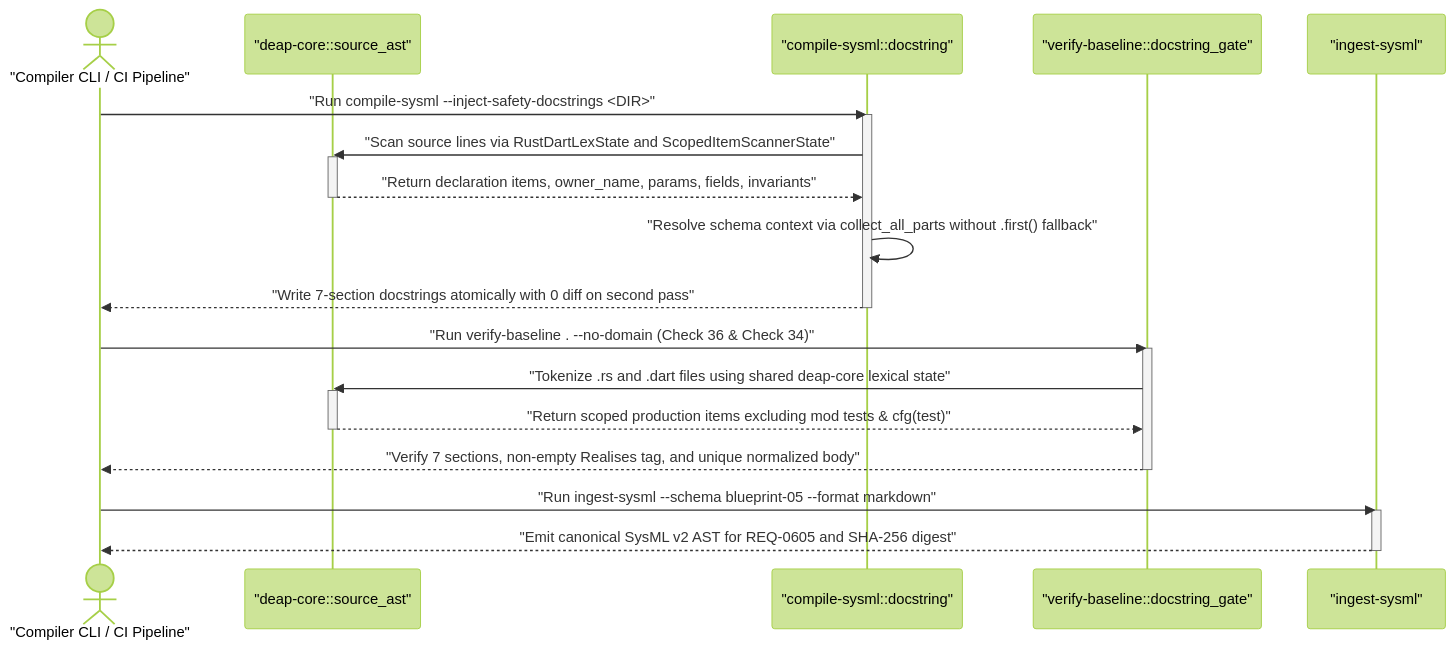
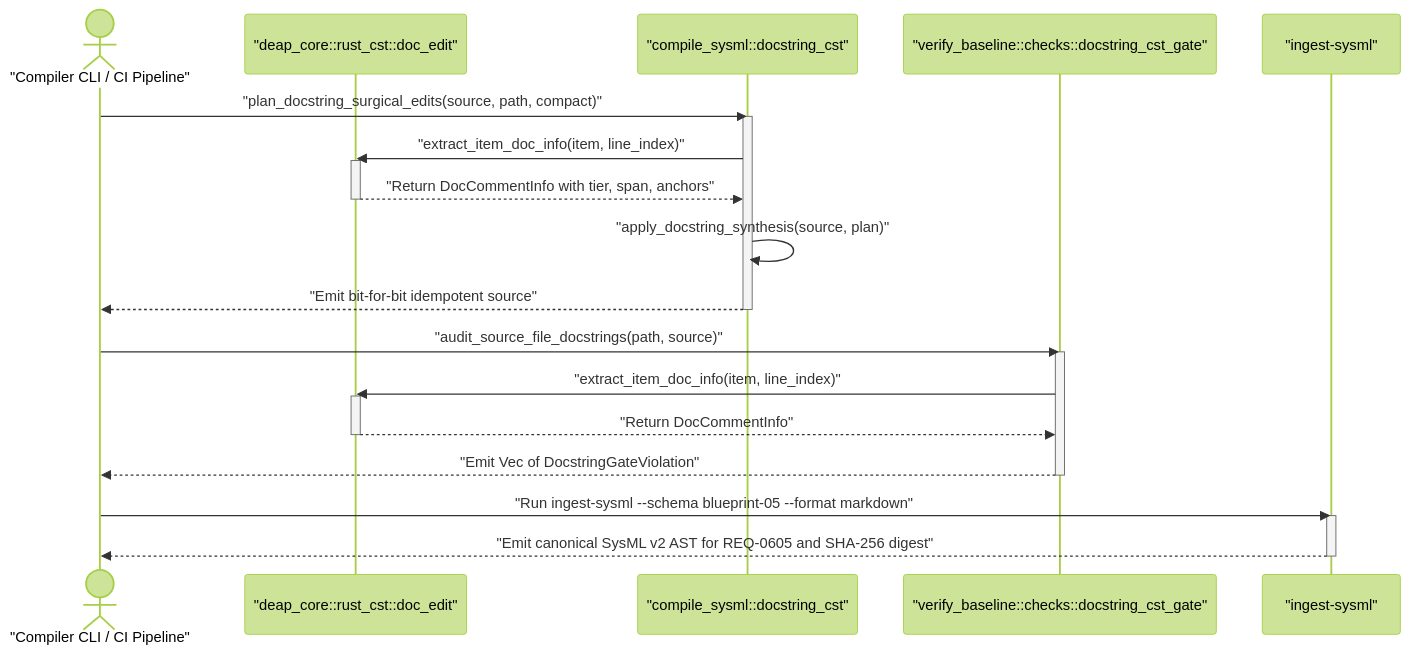
Before and after one commit to gintatkinson/DEAP01-spec-core: the third of 3 diagrams in docs/designs/blueprint-05-deterministic-safety-docstring-synthesizer.md, drawn with Mermaid (forest theme). The commit also changed other lines of this file and 2 other files, not shown here.

Commit message:
docs(blueprints): refactor BP-05 onto ra_ap_syntax, ra_ap_text_edit, and Tier-B/C cap

````diff
--- a/docs/designs/blueprint-05-deterministic-safety-docstring-synthesizer.md
+++ b/docs/designs/blueprint-05-deterministic-safety-docstring-synthesizer.md
@@ -171,32 +167,32 @@
 ```mermaid
 sequenceDiagram
     actor CLI as "Compiler CLI / CI Pipeline"
-    participant Core as "deap-core::source_ast"
-    participant Synth as "compile-sysml::docstring"
-    participant Gate as "verify-baseline::docstring_gate"
+    participant Core as "deap_core::rust_cst::doc_edit"
+    participant Synth as "compile_sysml::docstring_cst"
+    participant Gate as "verify_baseline::checks::docstring_cst_gate"
     participant Ingest as "ingest-sysml"
 
-    CLI->>Synth: "Run compile-sysml --inject-safety-docstrings <DIR>"
+    CLI->>Synth: "plan_docstring_surgical_edits(source, path, compact)"
     activate Synth
-    Synth->>Core: "Scan source lines via RustDartLexState and ScopedItemScannerState"
+    Synth->>Core: "extract_item_doc_info(item, line_index)"
     activate Core
-    Core-->>Synth: "Return declaration items, owner_name, params, fields, invariants"
+    Core-->>Synth: "Return DocCommentInfo with tier, span, anchors"
     deactivate Core
-    Synth->>Synth: "Resolve schema context via collect_all_parts without .first() fallback"
-    Synth-->>CLI: "Write 7-section docstrings atomically with 0 diff on second pass"
+    Synth->>Synth: "apply_docstring_synthesis(source, plan)"
+    Synth-->>CLI: "Emit bit-for-bit idempotent source"
     deactivate Synth
 
-    CLI->>Gate: "Run verify-baseline . --no-domain (Check 36 & Check 34)"
+    CLI->>Gate: "audit_source_file_docstrings(path, source)"
     activate Gate
-    Gate->>Core: "Tokenize .rs and .dart files using shared deap-core lexical state"
+    Gate->>Core: "extract_item_doc_info(item, line_index)"
     activate Core
-    Core-->>Gate: "Return scoped production items excluding mod tests & cfg(test)"
+    Core-->>Gate: "Return DocCommentInfo"
     deactivate Core
-    Gate-->>CLI: "Verify 7 sections, non-empty Realises tag, and unique normalized body"
+    Gate-->>CLI: "Emit Vec of DocstringGateViolation"
     deactivate Gate
 
     CLI->>Ingest: "Run ingest-sysml --schema blueprint-05 --format markdown"
     activate Ingest
     Ingest-->>CLI: "Emit canonical SysML v2 AST for REQ-0605 and SHA-256 digest"
     deactivate Ingest
 ```
````
